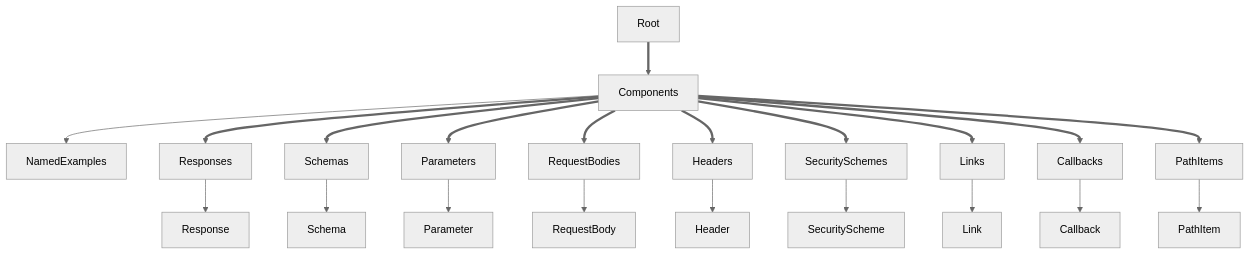
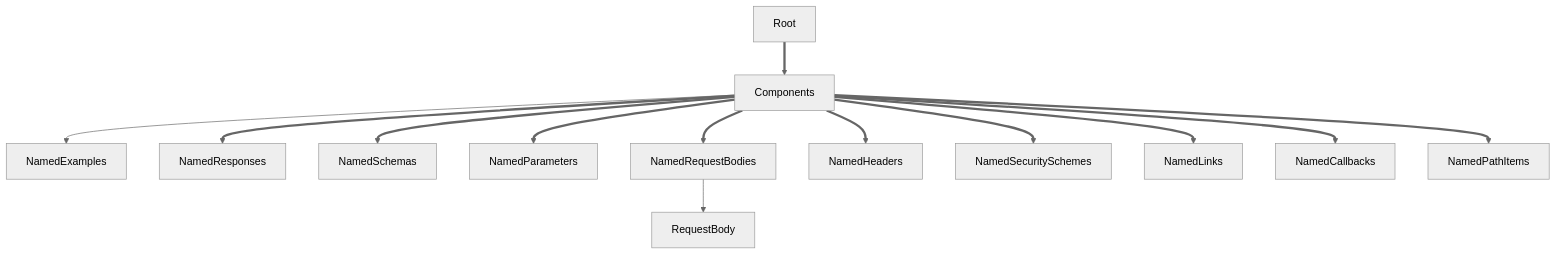
One commit to Redocly/redocly-cli changed the diagram in docs/rules/spec-components-invalid-map-name.md. Above: the diagram before and after it, drawn with Mermaid (neutral theme).

````diff
--- a/docs/rules/spec-components-invalid-map-name.md
+++ b/docs/rules/spec-components-invalid-map-name.md
@@ -11,15 +11,15 @@
 ```mermaid
 flowchart TD
 
 Root ==> Components -->  NamedExamples
 
-Components ==> Responses --> Response
-Components ==> Schemas --> Schema
-Components ==> Parameters --> Parameter
-Components ==> RequestBodies --> RequestBody
-Components ==> Headers --> Header
-Components ==> SecuritySchemes --> SecurityScheme
-Components ==> Links --> Link
-Components ==> Callbacks --> Callback
-Components ==> PathItems --> PathItem
+Components ==> NamedResponses
+Components ==> NamedSchemas
+Components ==> NamedParameters
+Components ==> NamedRequestBodies --> RequestBody
+Components ==> NamedHeaders
+Components ==> NamedSecuritySchemes
+Components ==> NamedLinks
+Components ==> NamedCallbacks
+Components ==> NamedPathItems
 ```
````
